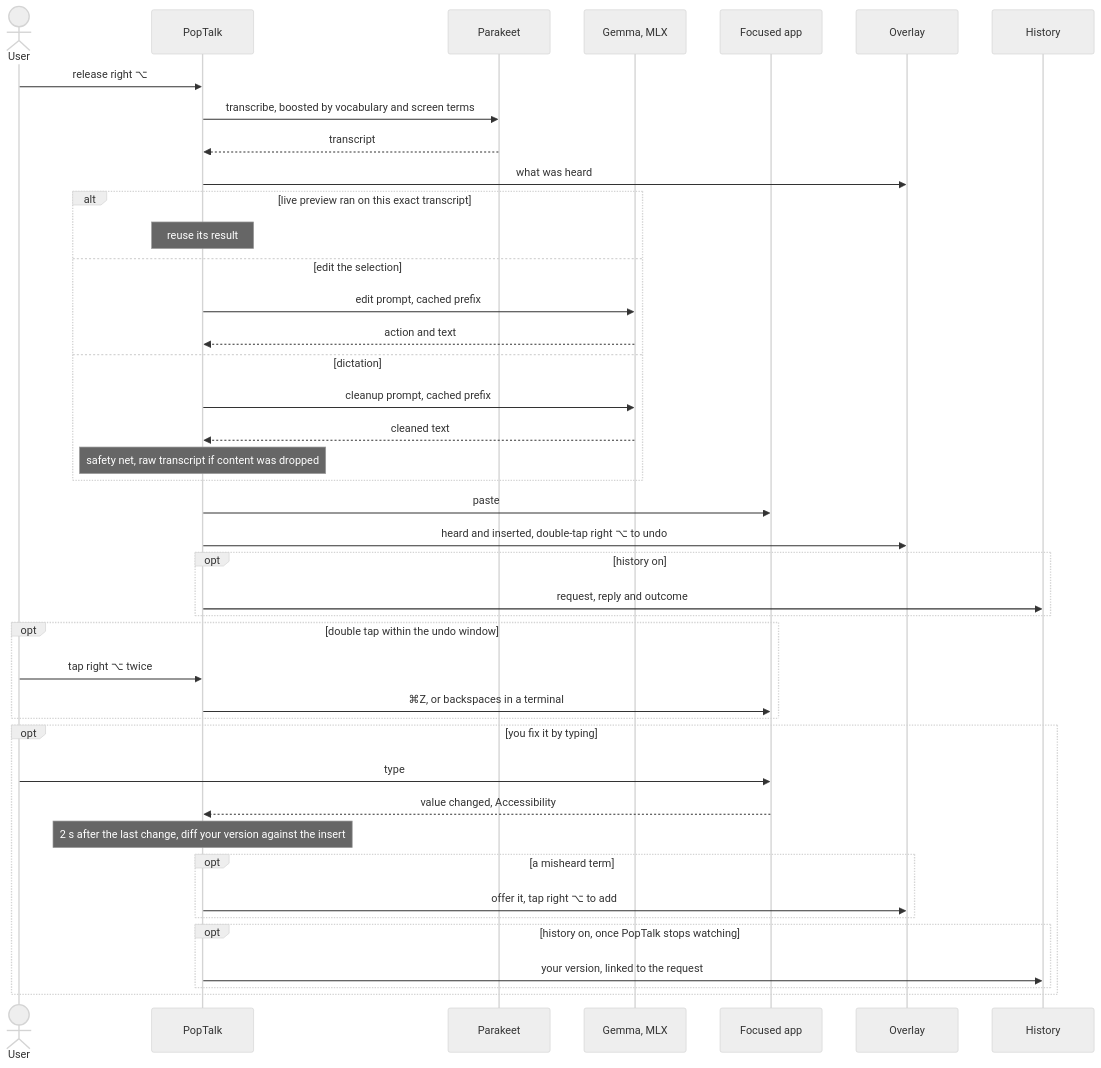
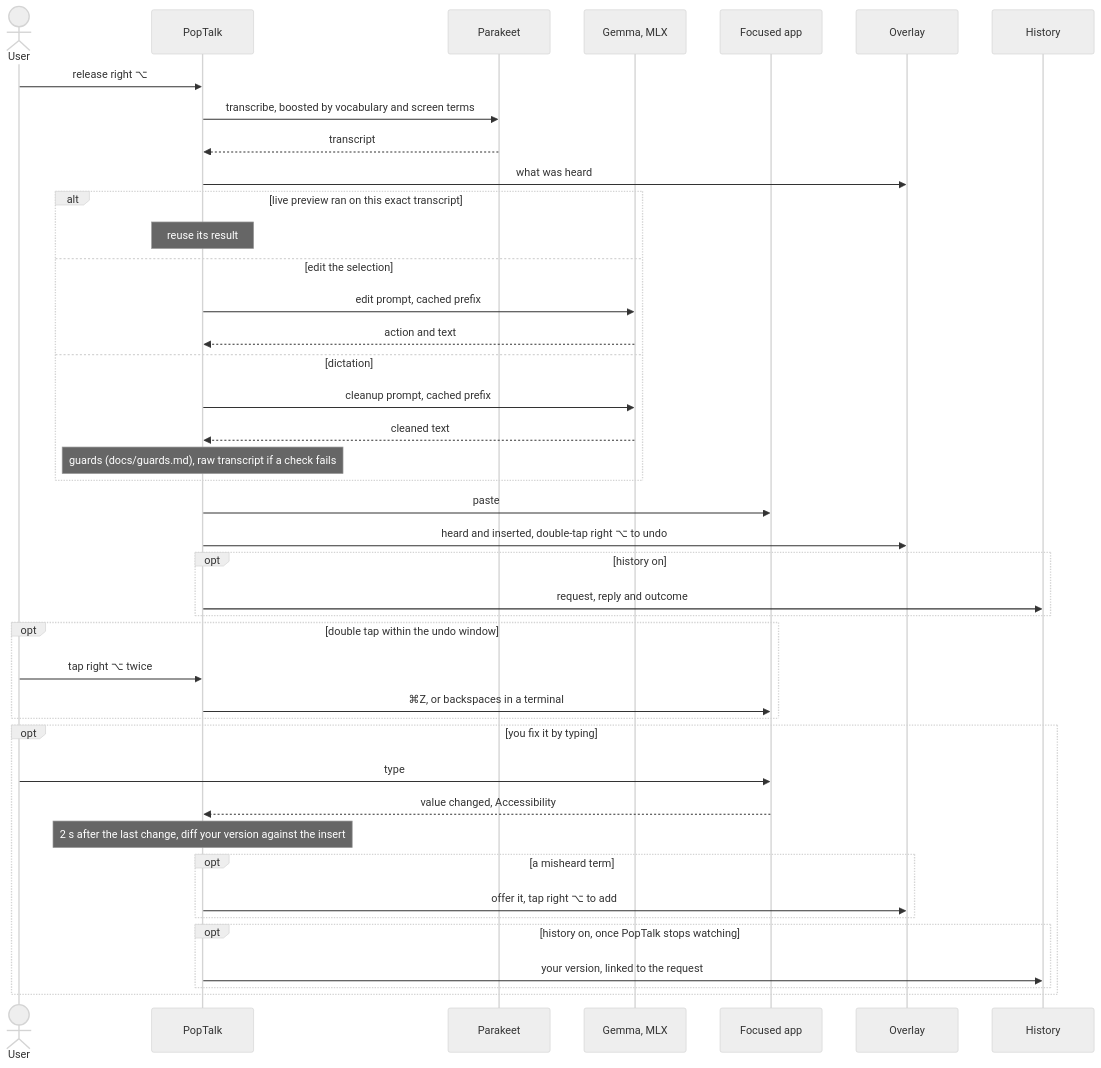
The fourth of 4 diagrams in docs/how-it-works.md (thirteen37/PopTalk), drawn with Mermaid (neutral theme) before and after one commit. The commit also changed other lines of this file and 3 other files, not shown here.

````diff
--- a/docs/how-it-works.md
+++ b/docs/how-it-works.md
@@ -137,45 +137,45 @@
 ```mermaid
 sequenceDiagram
     actor User
     participant App as PopTalk
     participant ASR as Parakeet
     participant LLM as Gemma, MLX
     participant Field as Focused app
     participant Overlay
     participant History
 
     User->>App: release right ⌥
     App->>ASR: transcribe, boosted by vocabulary and screen terms
     ASR-->>App: transcript
     App->>Overlay: what was heard
     alt live preview ran on this exact transcript
         Note over App: reuse its result
     else edit the selection
         App->>LLM: edit prompt, cached prefix
         LLM-->>App: action and text
     else dictation
         App->>LLM: cleanup prompt, cached prefix
         LLM-->>App: cleaned text
-        Note over App: safety net, raw transcript if content was dropped
+        Note over App: guards (docs/guards.md), raw transcript if a check fails
     end
     App->>Field: paste
     App->>Overlay: heard and inserted, double-tap right ⌥ to undo
     opt history on
         App->>History: request, reply and outcome
     end
     opt double tap within the undo window
         User->>App: tap right ⌥ twice
         App->>Field: ⌘Z, or backspaces in a terminal
     end
     opt you fix it by typing
         User->>Field: type
         Field-->>App: value changed, Accessibility
         Note over App: 2 s after the last change, diff your version against the insert
         opt a misheard term
             App->>Overlay: offer it, tap right ⌥ to add
         end
         opt history on, once PopTalk stops watching
             App->>History: your version, linked to the request
         end
     end
 ```
````
